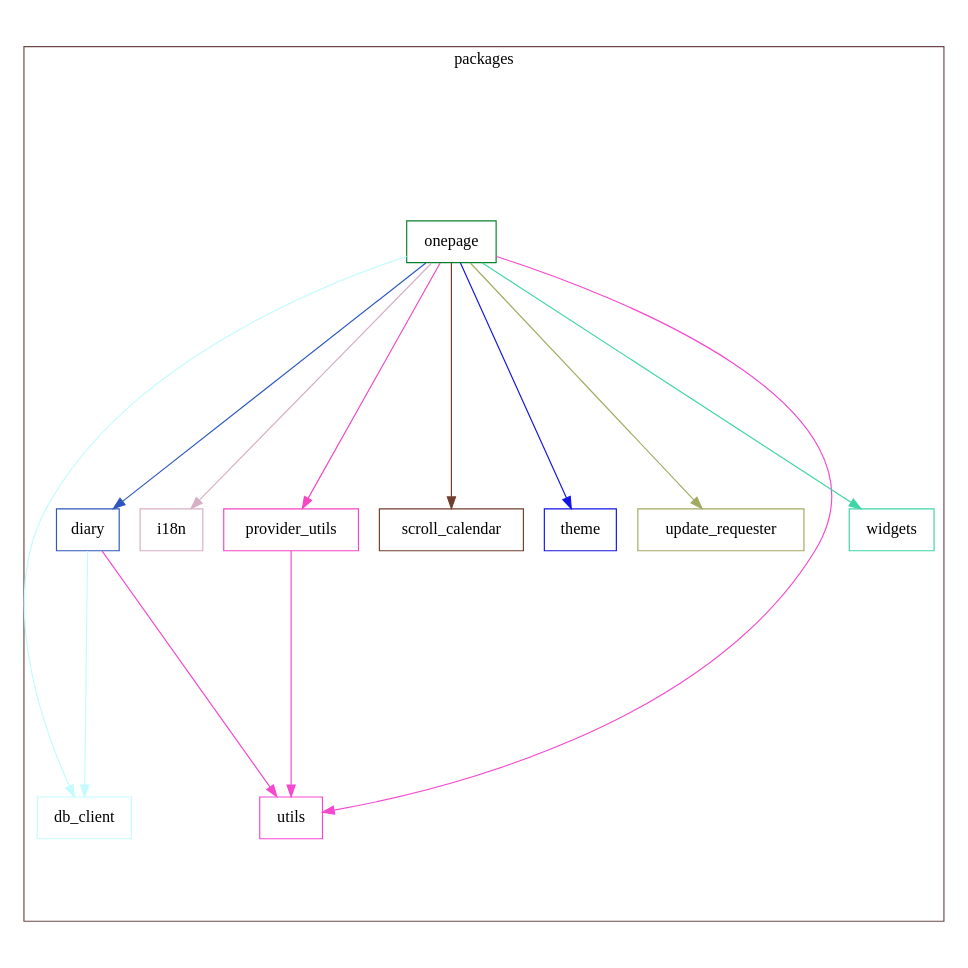
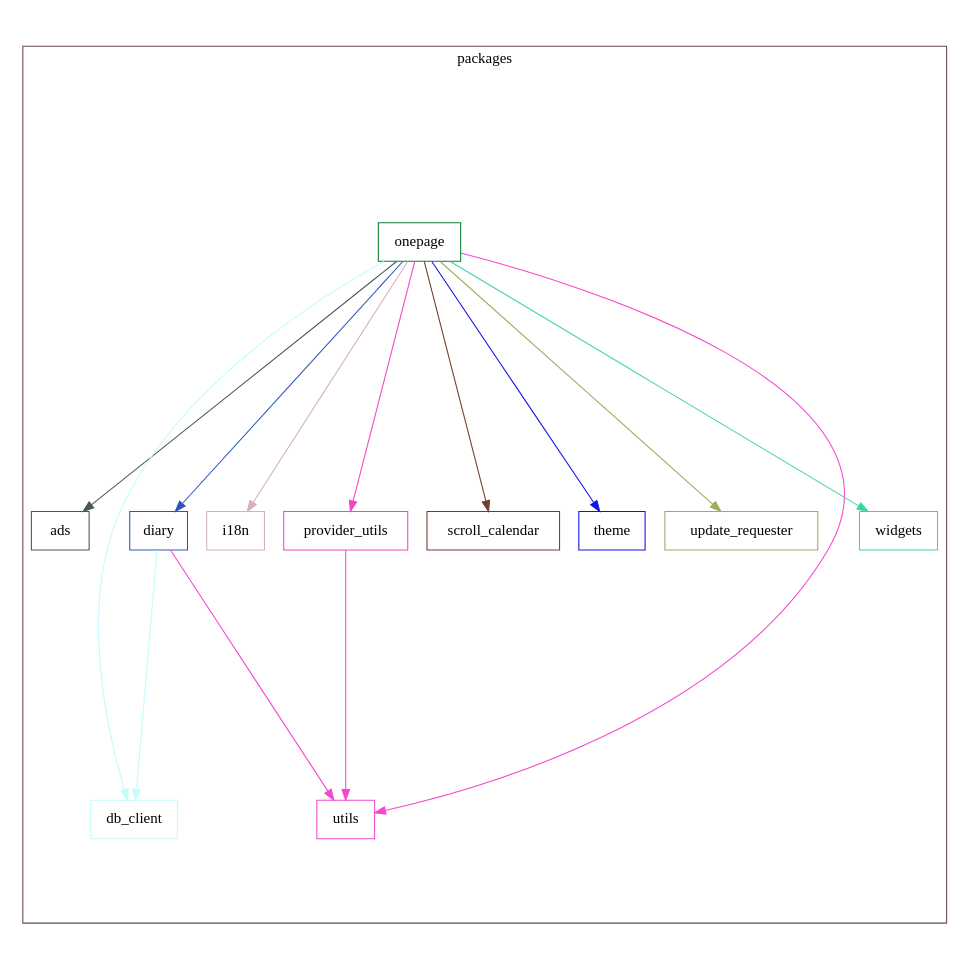
One commit to naipaka/onepage changed the diagram in docs/dependency_graph.dot. Above: the diagram before and after it, drawn with Graphviz. The commit also changed 1 other file, not shown here.

Commit message:
Update Dependency Graph and SVG image (#18)

```diff
--- a/docs/dependency_graph.dot
+++ b/docs/dependency_graph.dot
@@ -1,39 +1,42 @@
 digraph packages {
   size="10"; ratio=fill;
+  ads [shape="box"; color="#465953"];
   db_client [shape="box"; color="#c4fbfc"];
   diary [shape="box"; color="#2c56bd"];
   i18n [shape="box"; color="#d7afc5"];
   onepage [shape="box"; color="#08802d"];
   provider_utils [shape="box"; color="#f445c4"];
   scroll_calendar [shape="box"; color="#713e2e"];
   theme [shape="box"; color="#1214e6"];
   update_requester [shape="box"; color="#a2aa60"];
   utils [shape="box"; color="#f548cf"];
   widgets [shape="box"; color="#3ed5a4"];
   diary -> db_client [style="filled"; color="#c4fbfc"];
   diary -> utils [style="filled"; color="#f548cf"];
+  onepage -> ads [style="filled"; color="#465953"];
   onepage -> db_client [style="filled"; color="#c4fbfc"];
   onepage -> diary [style="filled"; color="#2c56bd"];
   onepage -> i18n [style="filled"; color="#d7afc5"];
   onepage -> provider_utils [style="filled"; color="#f445c4"];
   onepage -> scroll_calendar [style="filled"; color="#713e2e"];
   onepage -> theme [style="filled"; color="#1214e6"];
   onepage -> update_requester [style="filled"; color="#a2aa60"];
   onepage -> utils [style="filled"; color="#f548cf"];
   onepage -> widgets [style="filled"; color="#3ed5a4"];
   provider_utils -> utils [style="filled"; color="#f548cf"];
   subgraph "cluster packages" {
     label="packages";
     color="#6b4949";
+    ads;
     db_client;
     diary;
     i18n;
     onepage;
     provider_utils;
     scroll_calendar;
     theme;
     update_requester;
     utils;
     widgets;
   }
 }
```
